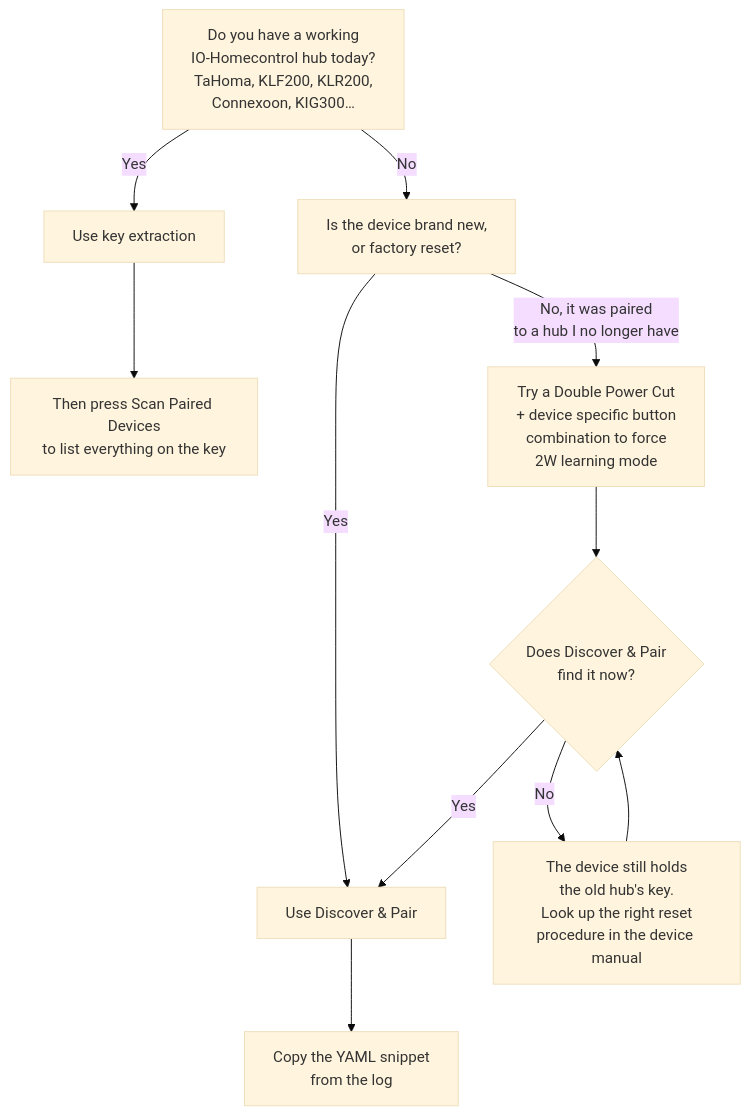
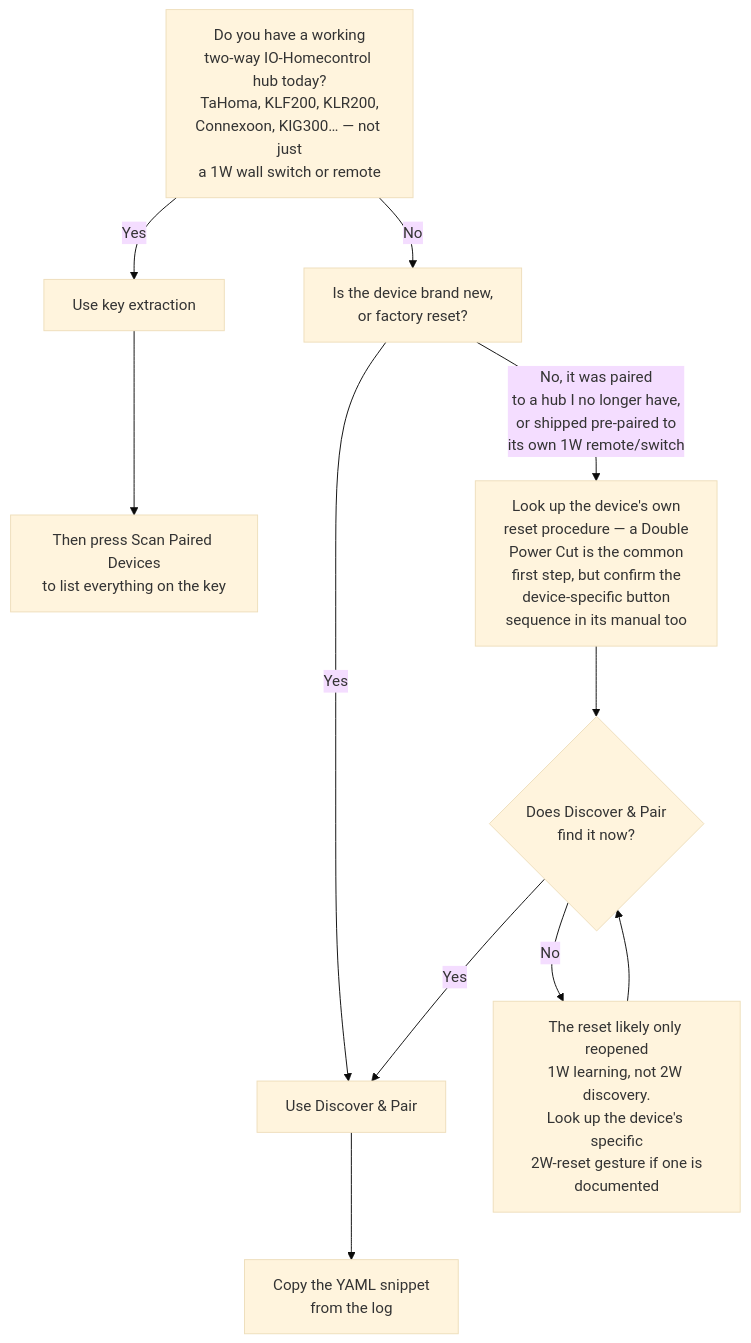
Before and after one commit to laberning/home_io_control: the diagram in docs/pairing.md, drawn with Mermaid (base theme). The commit also changed other lines of this file and 21 other files, not shown here.

````diff
--- a/docs/pairing.md
+++ b/docs/pairing.md
@@ -9,13 +9,13 @@
 ```mermaid
 flowchart TD
-    A[Do you have a working<br/>IO-Homecontrol hub today?<br/>TaHoma, KLF200, KLR200,<br/>Connexoon, KIG300…] -->|Yes| B[Use key extraction]
+    A[Do you have a working<br/>two-way IO-Homecontrol hub today?<br/>TaHoma, KLF200, KLR200,<br/>Connexoon, KIG300… — not just<br/>a 1W wall switch or remote] -->|Yes| B[Use key extraction]
     A -->|No| C[Is the device brand new,<br/>or factory reset?]
     C -->|Yes| D[Use Discover &amp; Pair]
-    C -->|No, it was paired<br/>to a hub I no longer have| E[Try a Double Power Cut<br/>+ device specific button<br/>combination to force<br/>2W learning mode]
+    C -->|No, it was paired<br/>to a hub I no longer have,<br/>or shipped pre-paired to<br/>its own 1W remote/switch| E[Look up the device's own<br/>reset procedure — a Double<br/>Power Cut is the common<br/>first step, but confirm the<br/>device-specific button<br/>sequence in its manual too]
     E --> F{Does Discover &amp; Pair<br/>find it now?}
     F -->|Yes| D
-    F -->|No| G[The device still holds<br/>the old hub's key.<br/>Look up the right reset<br/>procedure in the device manual]
+    F -->|No| G[The reset likely only reopened<br/>1W learning, not 2W discovery.<br/>Look up the device's specific<br/>2W-reset gesture if one is<br/>documented]
     B --> H[Then press Scan Paired Devices<br/>to list everything on the key]
     D --> I[Copy the YAML snippet<br/>from the log]
     G --> F
 ```
````
